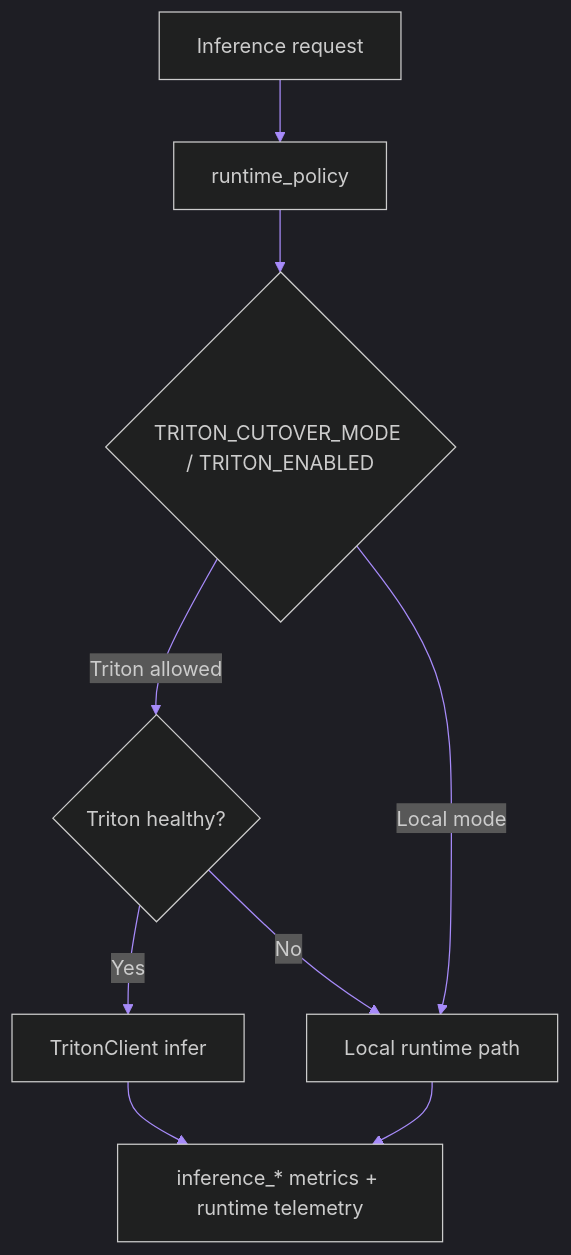
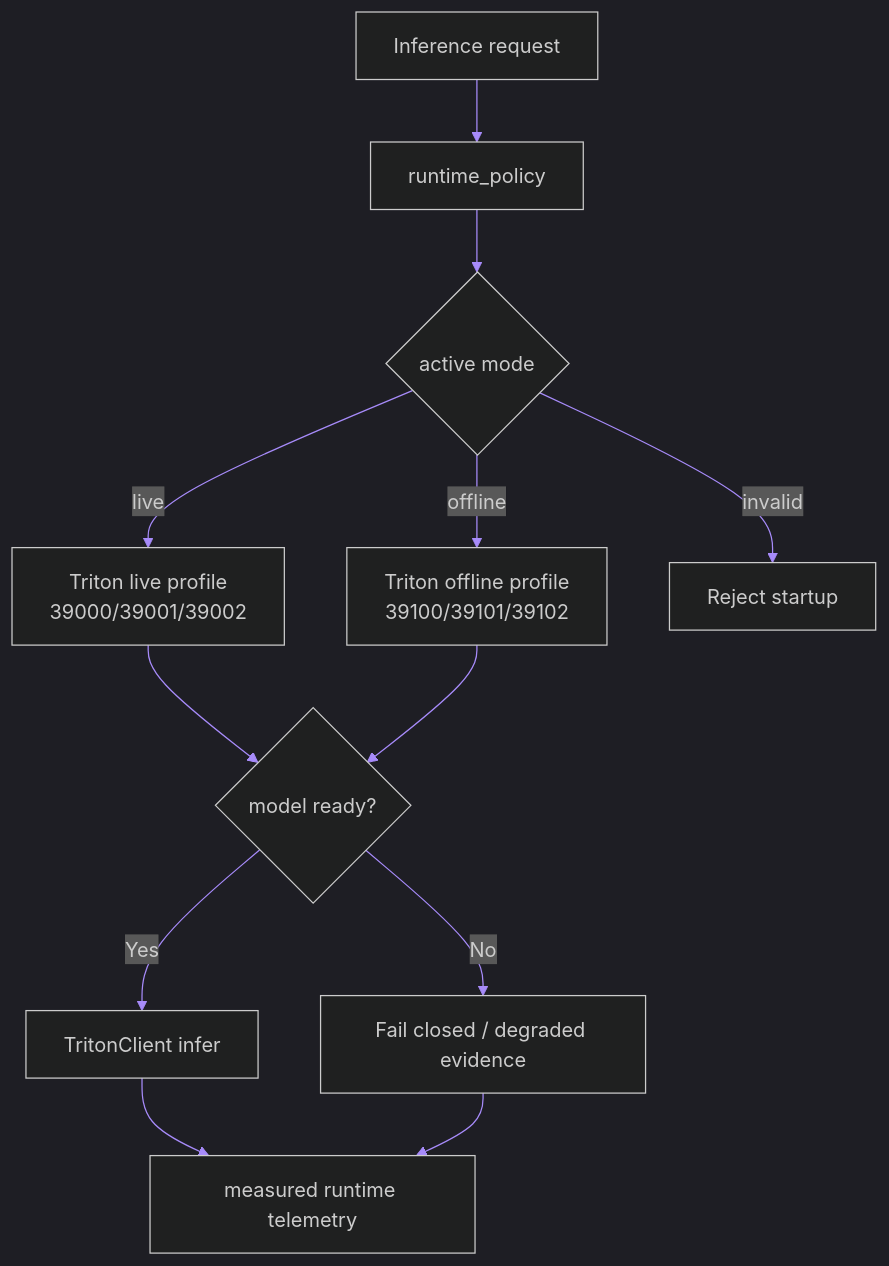
Before and after one commit to ahmedelbamby-aast/Grad-Project-Docs: the first of 2 diagrams in docs/backend/architecture/triton-operations.md, drawn with Mermaid. The commit also changed other lines of this file and 2792 other files, not shown here.

````diff
--- a/docs/backend/architecture/triton-operations.md
+++ b/docs/backend/architecture/triton-operations.md
@@ -13,12 +17,15 @@
 ```mermaid
 %%{init: {'theme': 'dark', 'themeVariables': {'primaryColor': '#7C3AED', 'lineColor': '#A78BFA'}}}%%
 flowchart TD
     Request["Inference request"] --> Policy["runtime_policy"]
-    Policy --> Cutover{"TRITON_CUTOVER_MODE / TRITON_ENABLED"}
-    Cutover -->|Triton allowed| Health{"Triton healthy?"}
-    Cutover -->|Local mode| Local["Local runtime path"]
+    Policy --> Mode{"active mode"}
+    Mode -->|live| Live["Triton live profile<br/>39000/39001/39002"]
+    Mode -->|offline| Offline["Triton offline profile<br/>39100/39101/39102"]
+    Mode -->|invalid| Reject["Reject startup"]
+    Live --> Health{"model ready?"}
+    Offline --> Health
     Health -->|Yes| Triton["TritonClient infer"]
-    Health -->|No| Local
-    Triton --> Metrics["inference_* metrics + runtime telemetry"]
-    Local --> Metrics
+    Health -->|No| Fail["Fail closed / degraded evidence"]
+    Triton --> Metrics["measured runtime telemetry"]
+    Fail --> Metrics
 ```
````
